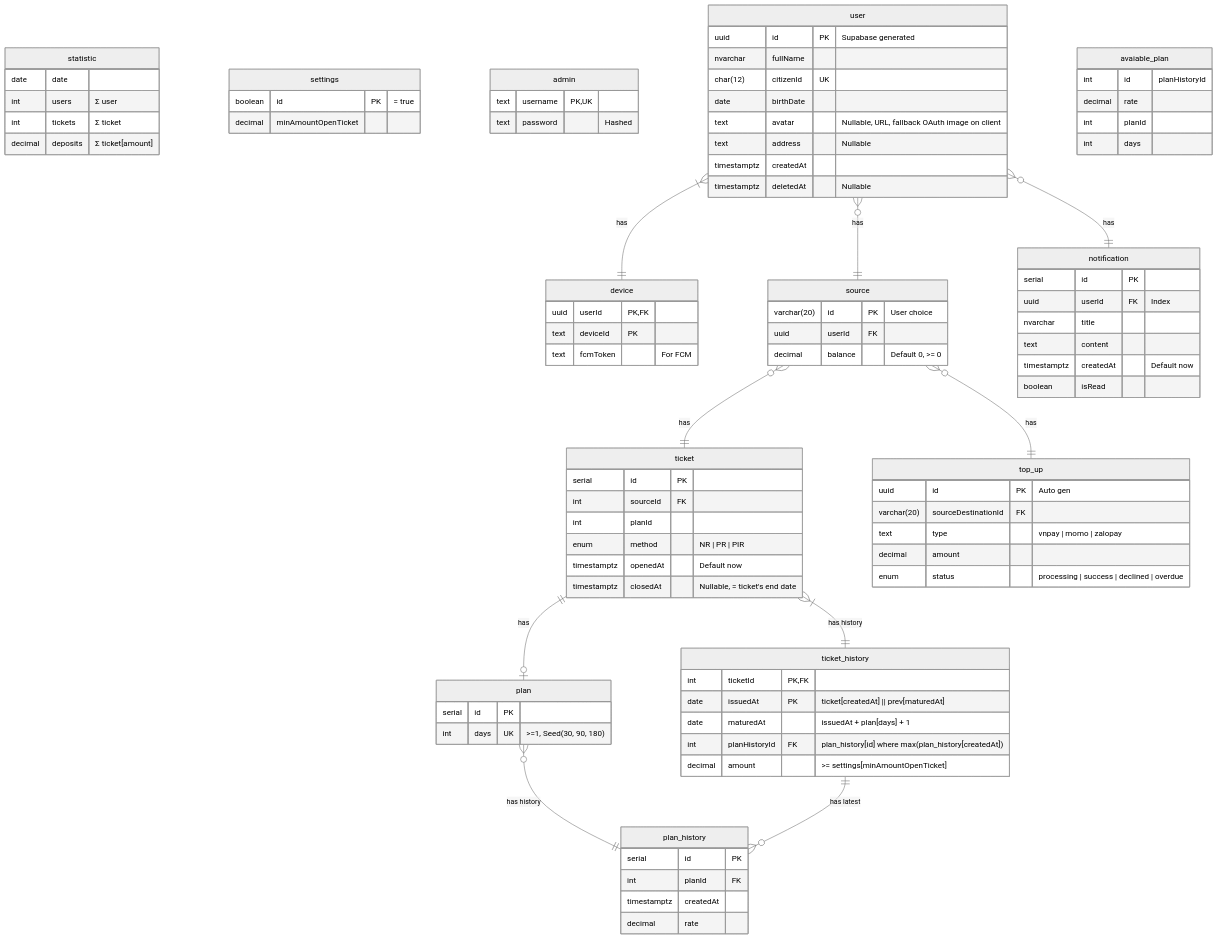
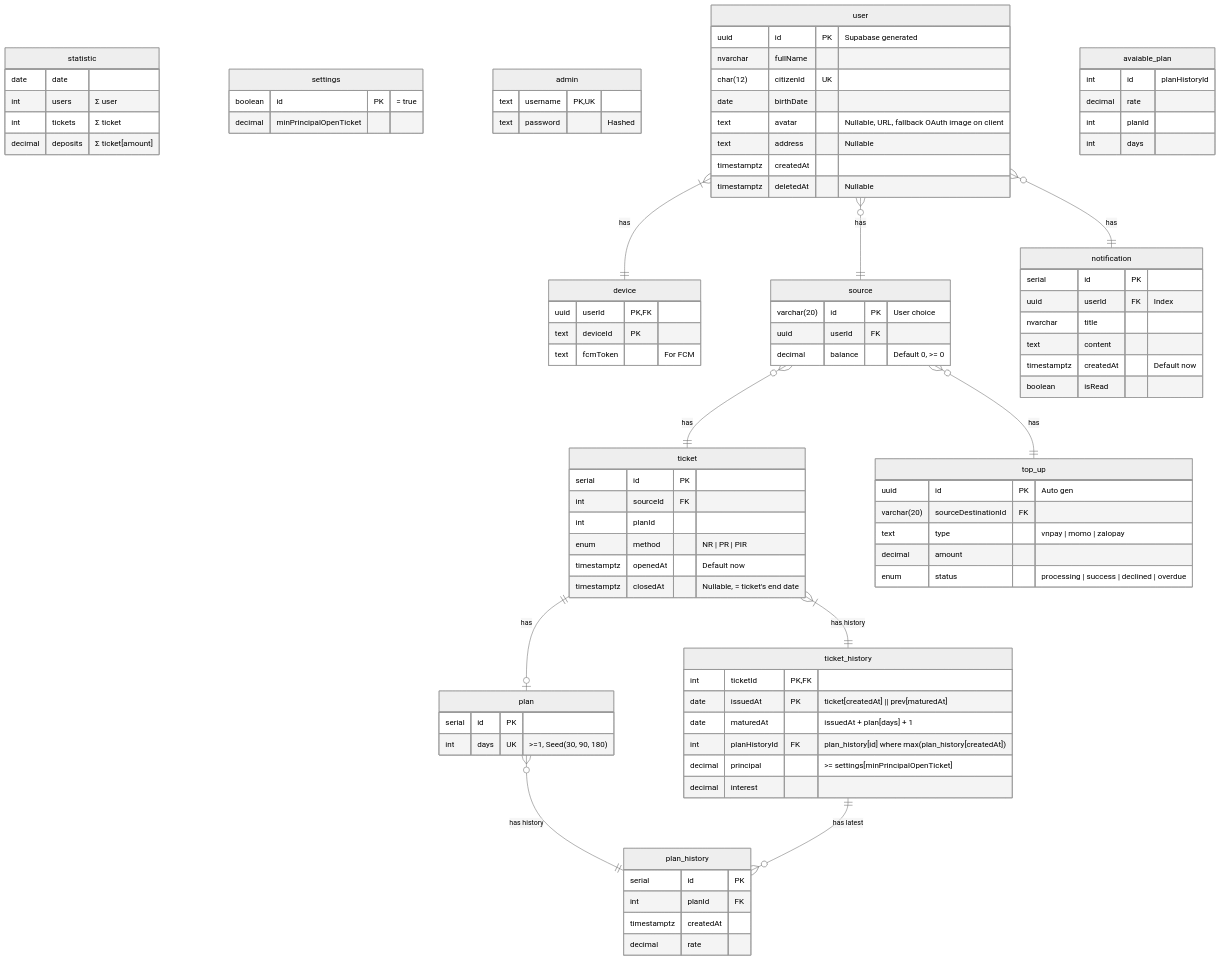
Before and after one commit to coinhub-uit/coinhub-uit.github.io: the diagram in docs/diagrams/database/index.md, drawn with Mermaid (neutral theme). The commit also changed 1 other file, not shown here.

Commit message:
feat(db): change "amount" to "principal", add "interest" in ticket history

```diff
--- a/docs/diagrams/database/index.md
+++ b/docs/diagrams/database/index.md
@@ -15,7 +15,7 @@
 
   settings {
     boolean id PK "= true"
-    decimal minAmountOpenTicket
+    decimal minPrincipalOpenTicket
   }
 
   admin {
@@ -72,7 +72,8 @@
     date issuedAt PK "ticket[createdAt] || prev[maturedAt]"
     date maturedAt "issuedAt + plan[days] + 1"
     int planHistoryId FK "plan_history[id] where max(plan_history[createdAt])"
-    decimal amount "\>= settings[minAmountOpenTicket]"
+    decimal principal "\>= settings[minPrincipalOpenTicket]"
+    decimal interest
   }
 
   notification {
```
